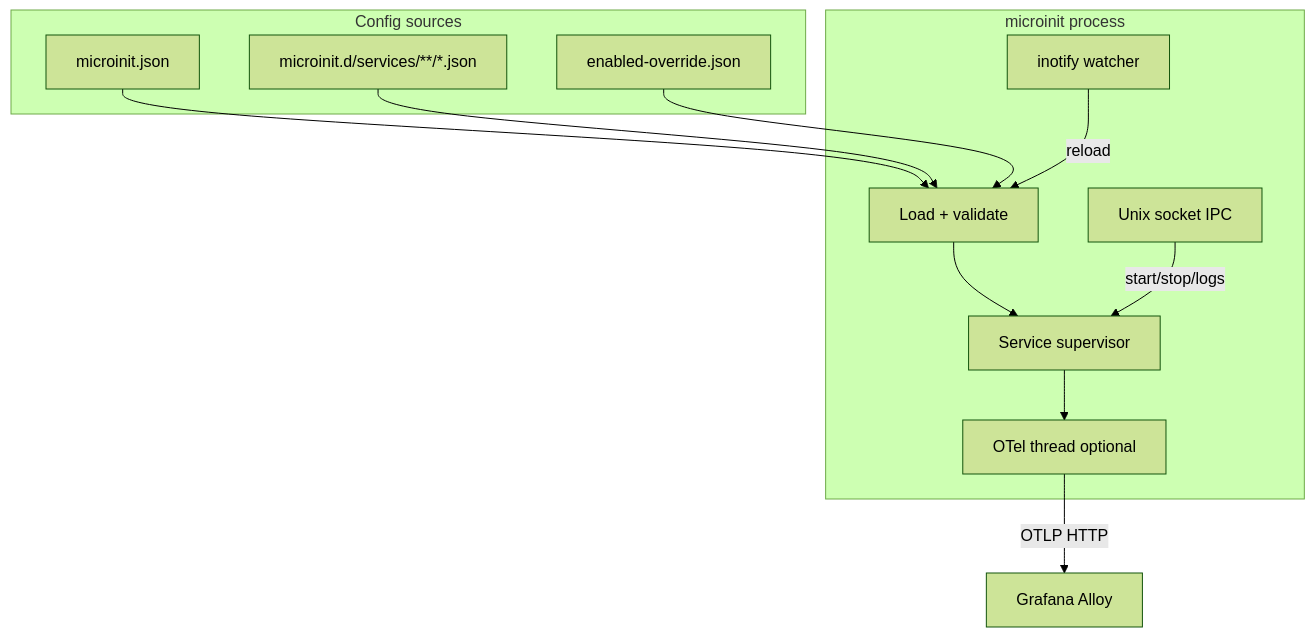
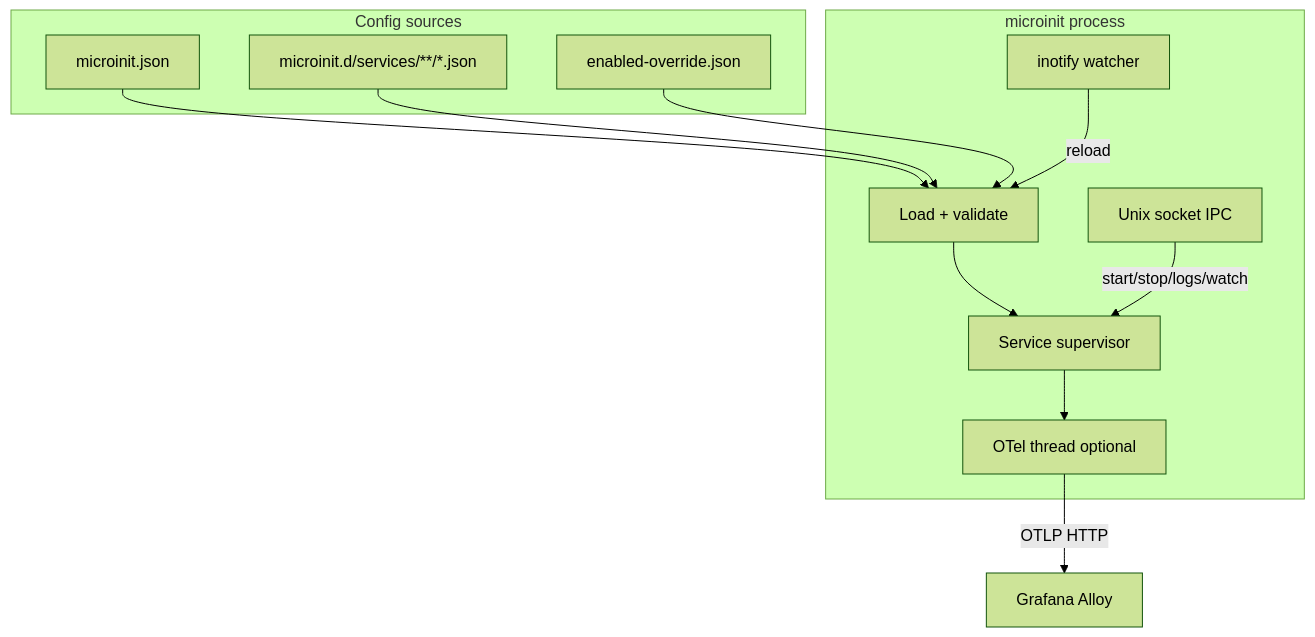
The diagram in docs/architecture.md (dcc-bigfred/microinit), drawn with Mermaid (forest theme) before and after one commit. The commit also changed other lines of this file and 21 other files, not shown here.

First line of the commit message:
feat: add IPC watch stream for service snapshots

````diff
--- a/docs/architecture.md
+++ b/docs/architecture.md
@@ -193,25 +193,25 @@
 ```mermaid
 flowchart TB
   subgraph sources [Config sources]
     base["microinit.json"]
     dropins["microinit.d/services/**/*.json"]
     override["enabled-override.json"]
   end
 
   subgraph runtime [microinit process]
     load["Load + validate"]
     watch["inotify watcher"]
     sup["Service supervisor"]
     ipc["Unix socket IPC"]
     otel["OTel thread optional"]
   end
 
   base --> load
   dropins --> load
   override --> load
   load --> sup
   watch -->|"reload"| load
-  ipc -->|"start/stop/logs"| sup
+  ipc -->|"start/stop/logs/watch"| sup
   sup --> otel
   otel -->|"OTLP HTTP"| alloy["Grafana Alloy"]
 ```
````
